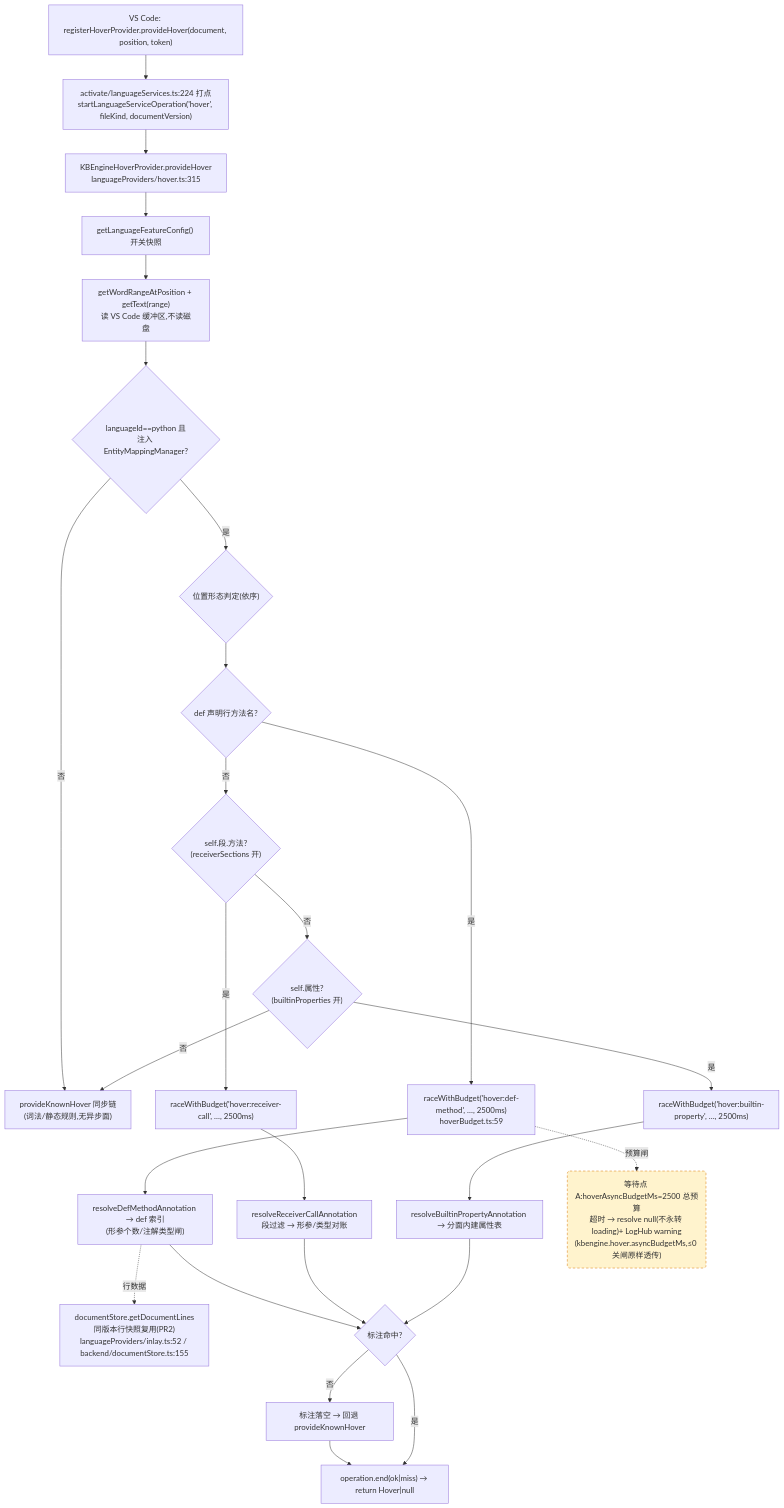
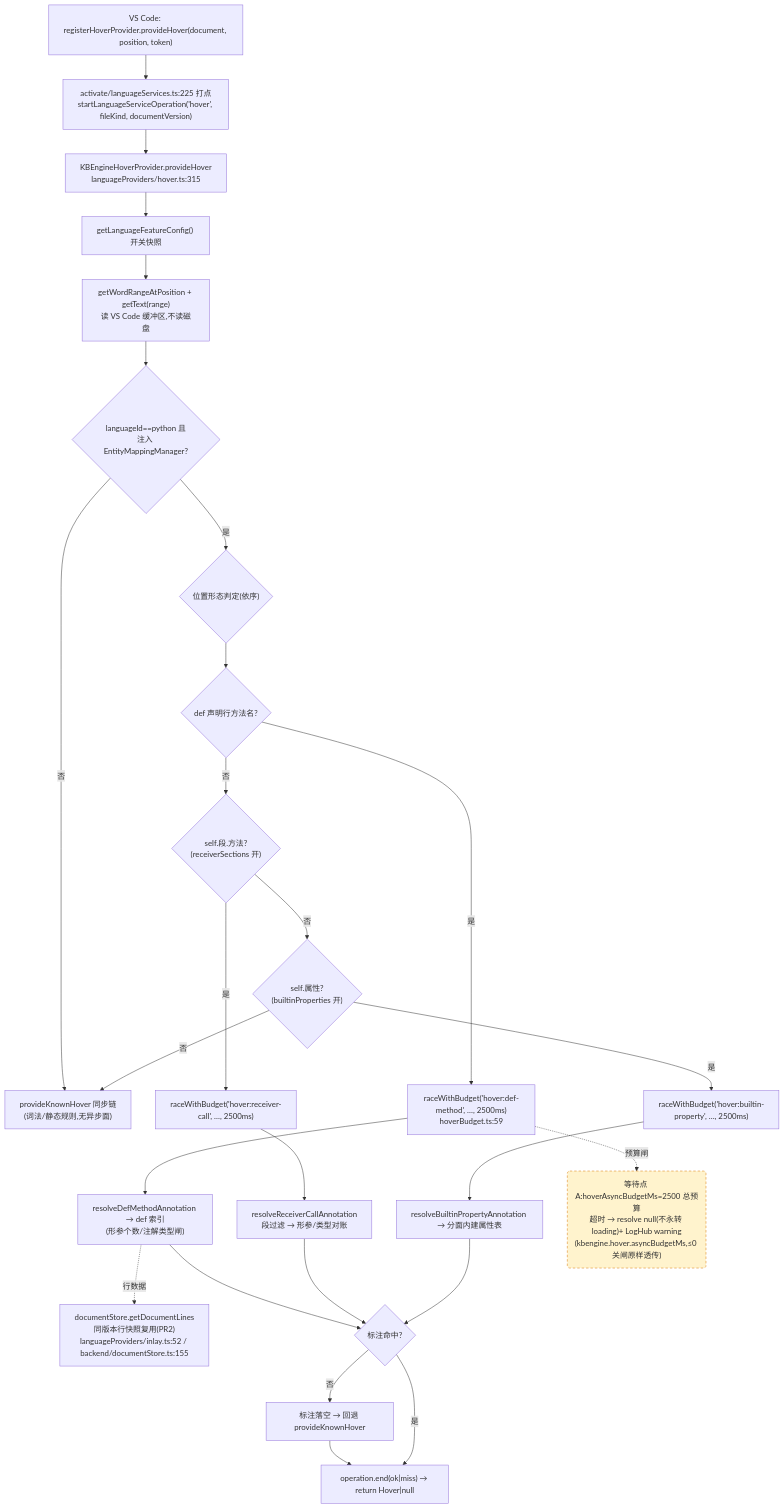
Before and after one commit to cuihairu/kode: the first of 4 diagrams in docs/perf/2026-baseline.md, drawn with Mermaid. The commit also changed other lines of this file and 7 other files, not shown here.

````diff
--- a/docs/perf/2026-baseline.md
+++ b/docs/perf/2026-baseline.md
@@ -100,45 +101,45 @@
 ```mermaid
 flowchart TD
   VC1["VS Code: registerHoverProvider.provideHover(document, position, token)"]
-  M1["activate/languageServices.ts:224 打点<br/>startLanguageServiceOperation('hover', fileKind, documentVersion)"]
+  M1["activate/languageServices.ts:225 打点<br/>startLanguageServiceOperation('hover', fileKind, documentVersion)"]
   HP["KBEngineHoverProvider.provideHover<br/>languageProviders/hover.ts:315"]
   CFG["getLanguageFeatureConfig() 开关快照"]
   WORD["getWordRangeAtPosition + getText(range)<br/>读 VS Code 缓冲区,不读磁盘"]
   BR{"languageId==python 且<br/>注入 EntityMappingManager?"}
   KN["provideKnownHover 同步链<br/>(词法/静态规则,无异步面)"]
   POS{"位置形态判定(依序)"}
   D1{"def 声明行方法名?"}
   D2{"self.段.方法?<br/>(receiverSections 开)"}
   D3{"self.属性?<br/>(builtinProperties 开)"}
   RA1["raceWithBudget('hover:def-method', …, 2500ms)<br/>hoverBudget.ts:59"]
   RA2["raceWithBudget('hover:receiver-call', …, 2500ms)"]
   RA3["raceWithBudget('hover:builtin-property', …, 2500ms)"]
   RS1["resolveDefMethodAnnotation → def 索引<br/>(形参个数/注解类型闸)"]
   RS2["resolveReceiverCallAnnotation<br/>段过滤 → 形参/类型对账"]
   RS3["resolveBuiltinPropertyAnnotation → 分面内建属性表"]
   LINES["documentStore.getDocumentLines<br/>同版本行快照复用(PR2)<br/>languageProviders/inlay.ts:52 / backend/documentStore.ts:155"]
   MISS["标注落空 → 回退 provideKnownHover"]
   END1["operation.end(ok|miss) → return Hover|null"]
 
   VC1 --> M1 --> HP --> CFG --> WORD --> BR
   BR -- "否" --> KN
   BR -- "是" --> POS --> D1
   D1 -- "是" --> RA1 --> RS1
   D1 -- "否" --> D2
   D2 -- "是" --> RA2 --> RS2
   D2 -- "否" --> D3
   D3 -- "是" --> RA3 --> RS3
   D3 -- "否" --> KN
   RS1 --> HIT{"标注命中?"}
   RS2 --> HIT
   RS3 --> HIT
   RS1 -.->|行数据| LINES
   HIT -- "否" --> MISS --> END1
   HIT -- "是" --> END1
 
   WAITA("等待点 A:hoverAsyncBudgetMs=2500 总预算<br/>超时 → resolve null(不永转 loading)+ LogHub warning<br/>(kbengine.hover.asyncBudgetMs,≤0 关闸原样透传)")
   RA1 -.->|预算闸| WAITA
 
   classDef waitPoint fill:#fff3cd,stroke:#d97706,stroke-dasharray:5 4;
   class WAITA waitPoint;
 ```
````
